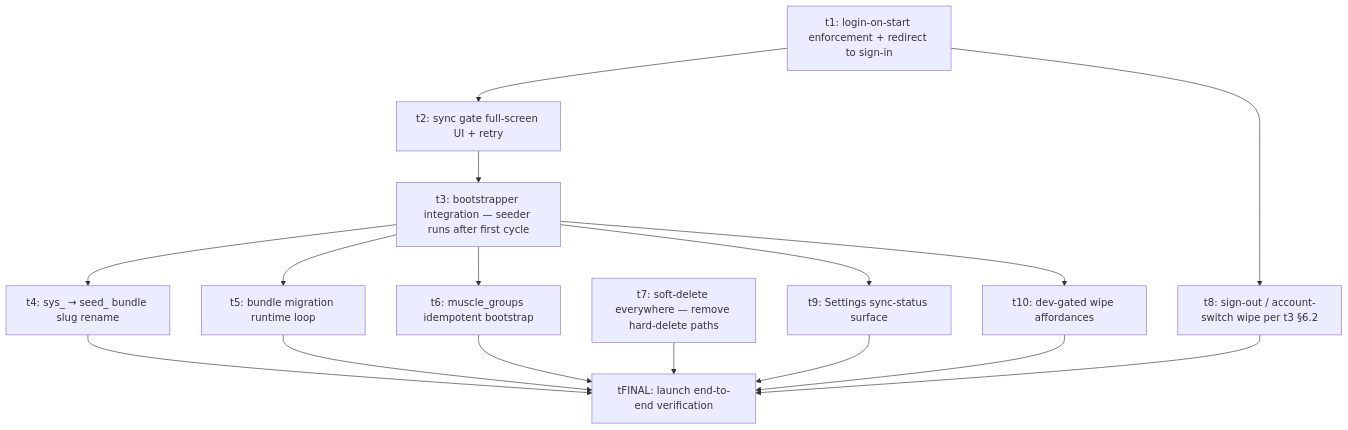
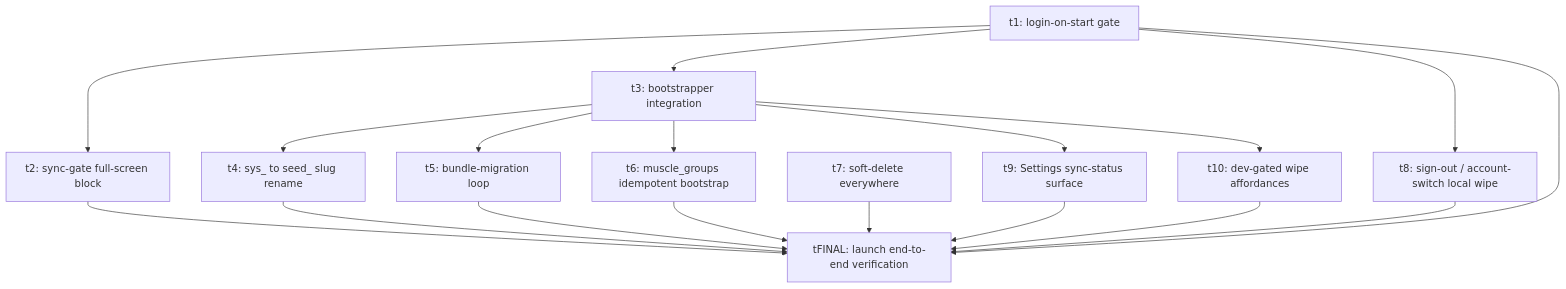
Before and after one commit to Brotherhood-of-Ghisa/BOGA3: the diagram in docs/plans/sync-v2-launch/plan.md, drawn with Mermaid. The commit also changed other lines of this file and 11 other files, not shown here.

First line of the commit message:
docs(sync-v2-launch): flesh out launch plan into split-file task cards

````diff
--- a/docs/plans/sync-v2-launch/plan.md
+++ b/docs/plans/sync-v2-launch/plan.md
@@ -97,30 +106,33 @@
 ```mermaid
 graph TD
-  t1[t1: login-on-start enforcement + redirect to sign-in]
-  t2[t2: sync gate full-screen UI + retry]
-  t3[t3: bootstrapper integration — seeder runs after first cycle]
-  t4[t4: sys_ → seed_ bundle slug rename]
-  t5[t5: bundle migration runtime loop]
+  t1[t1: login-on-start gate]
+  t2[t2: sync-gate full-screen block]
+  t3[t3: bootstrapper integration]
+  t4[t4: sys_ to seed_ slug rename]
+  t5[t5: bundle-migration loop]
   t6[t6: muscle_groups idempotent bootstrap]
-  t7[t7: soft-delete everywhere — remove hard-delete paths]
-  t8[t8: sign-out / account-switch wipe per t3 §6.2]
+  t7[t7: soft-delete everywhere]
+  t8[t8: sign-out / account-switch local wipe]
   t9[t9: Settings sync-status surface]
   t10[t10: dev-gated wipe affordances]
   tFINAL[tFINAL: launch end-to-end verification]
 
   t1 --> t2
-  t2 --> t3
+  t1 --> t3
+  t1 --> t8
   t3 --> t4
   t3 --> t5
   t3 --> t6
-  t1 --> t8
   t3 --> t9
   t3 --> t10
+
+  t1 --> tFINAL
+  t2 --> tFINAL
   t4 --> tFINAL
   t5 --> tFINAL
   t6 --> tFINAL
   t7 --> tFINAL
   t8 --> tFINAL
   t9 --> tFINAL
   t10 --> tFINAL
 ```
````
